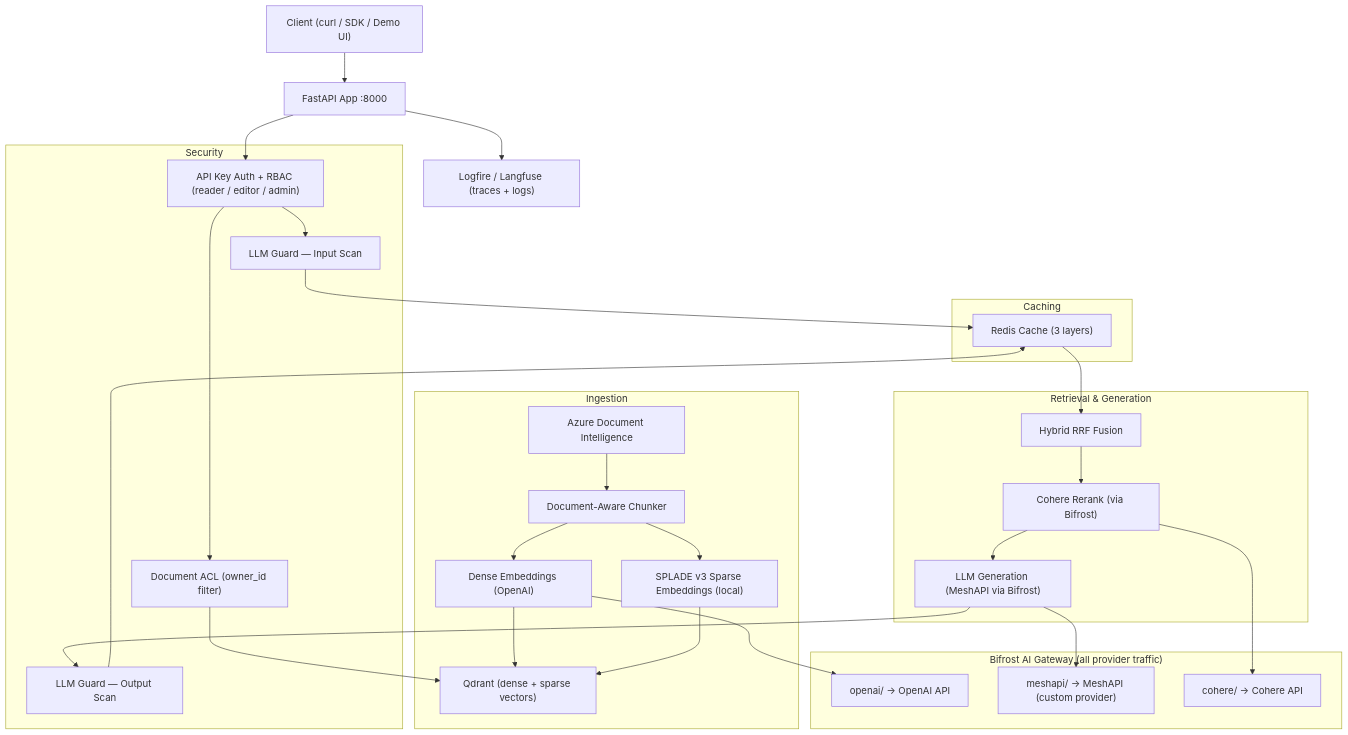
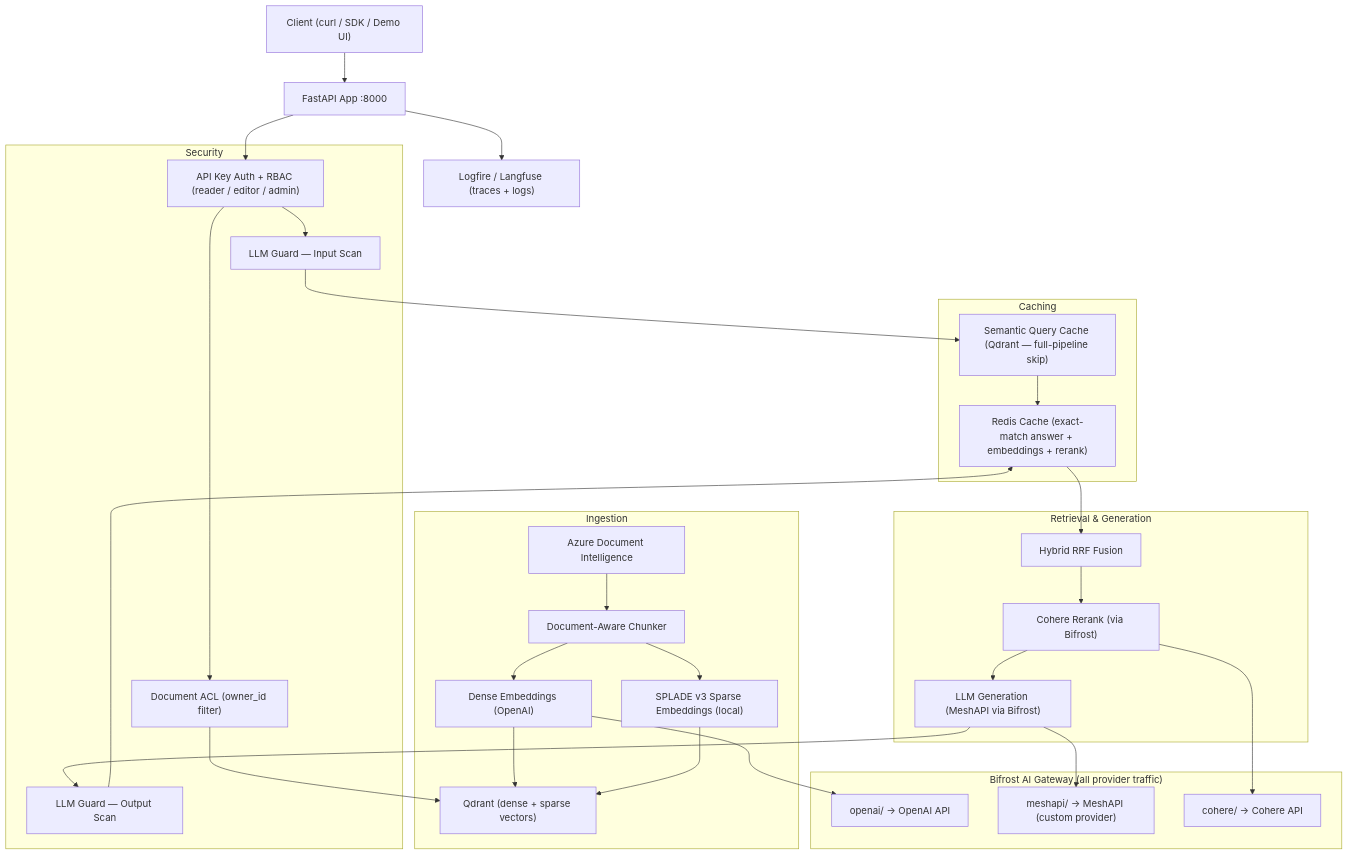
Before and after one commit to Murtuzasaifee/RAG-Hackathon: the diagram in README.md, drawn with Mermaid. The commit also changed other lines of this file and 1 other file, not shown here.

Commit message:
docs: add semantic query cache to README, Stack table, architecture diagram, and config reference

````diff
--- a/README.md
+++ b/README.md
@@ -11,53 +11,55 @@
 ```mermaid
 graph TB
     Client["Client (curl / SDK / Demo UI)"]
     App["FastAPI App :8000"]
     Logfire["Logfire / Langfuse (traces + logs)"]
 
     subgraph Ingestion
         ADI["Azure Document Intelligence"]
         Chunker["Document-Aware Chunker"]
         DenseEmb["Dense Embeddings (OpenAI)"]
         SparseEmb["SPLADE v3 Sparse Embeddings (local)"]
         Qdrant["Qdrant (dense + sparse vectors)"]
     end
 
     subgraph Retrieval & Generation
         Hybrid["Hybrid RRF Fusion"]
         Reranker["Cohere Rerank (via Bifrost)"]
         Generator["LLM Generation (MeshAPI via Bifrost)"]
     end
 
     subgraph Security
         Auth["API Key Auth + RBAC (reader / editor / admin)"]
         ACL["Document ACL (owner_id filter)"]
         GuardIn["LLM Guard — Input Scan"]
         GuardOut["LLM Guard — Output Scan"]
     end
 
     subgraph Caching
-        Redis["Redis Cache (3 layers)"]
+        SemanticCache["Semantic Query Cache (Qdrant — full-pipeline skip)"]
+        Redis["Redis Cache (exact-match answer + embeddings + rerank)"]
     end
 
     subgraph Bifrost["Bifrost AI Gateway (all provider traffic)"]
         BifrostOpenAI["openai/ → OpenAI API"]
         BifrostMeshAPI["meshapi/ → MeshAPI (custom provider)"]
         BifrostCohere["cohere/ → Cohere API"]
     end
 
     Client --> App
     App --> Auth
     Auth --> GuardIn
     Auth --> ACL
-    GuardIn --> Redis
+    GuardIn --> SemanticCache
+    SemanticCache --> Redis
     Redis --> Hybrid
     ADI --> Chunker --> DenseEmb --> Qdrant
     Chunker --> SparseEmb --> Qdrant
     Hybrid --> Reranker --> Generator --> GuardOut
     GuardOut --> Redis
     DenseEmb --> BifrostOpenAI
     Reranker --> BifrostCohere
     Generator --> BifrostMeshAPI
     ACL --> Qdrant
     App --> Logfire
   ```
````
